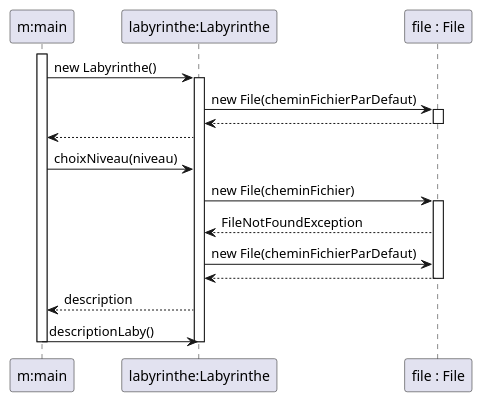
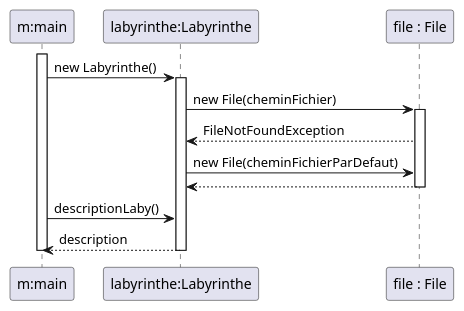
Before and after one commit to Baloo54/Zeldiablo_Comte_Fuchs_Andre_Mathieu: the second of 5 diagrams in documents/itération1/itération1.puml, drawn with PlantUML. The commit also changed other lines of this file, not shown here.

Commit message:
chore: Mettre à jour le fichier de description du labyrinthe et supprimer les fichiers de diagramme de classe et de labyrinthe par défaut

```diff
--- a/documents/itération1/itération1.puml
+++ b/documents/itération1/itération1.puml
@@ -45,29 +45,20 @@
 @startuml  sequenceLaby
 
 participant "m:main" as main
 participant "labyrinthe:Labyrinthe" as labyrinthe
 participant "file : File" as File
 
 activate main
 main -> labyrinthe : new Labyrinthe()
 activate labyrinthe
-labyrinthe -> File : new File(cheminFichierParDefaut)
-activate File
-File --> labyrinthe
-deactivate File
-labyrinthe --> main
-
-main -> labyrinthe : choixNiveau(niveau)
 labyrinthe -> File : new File(cheminFichier)
 activate File
 File --> labyrinthe : FileNotFoundException
 labyrinthe -> File : new File(cheminFichierParDefaut)
 File --> labyrinthe
 deactivate File
-
+main -> labyrinthe : descriptionLaby()
 labyrinthe --> main : description
-main -> labyrinthe : descriptionLaby()
-
 deactivate labyrinthe
 deactivate main
 @enduml
```
